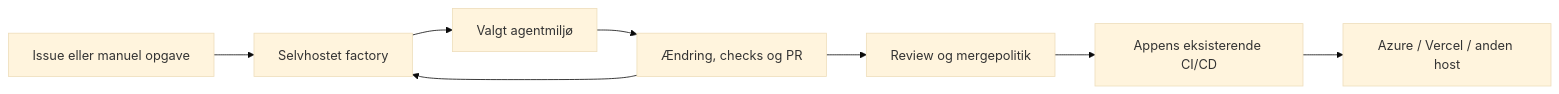
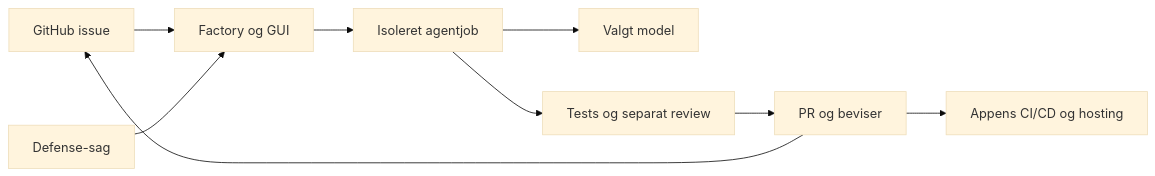
The diagram in docs/platform.md (arcitai/software-and-defence-factory), drawn with Mermaid (base theme) before and after one commit. The commit also changed other lines of this file and 17 other files, not shown here.

Commit message:
Select Machinist for a shared software, security and Defense factory

````diff
--- a/docs/platform.md
+++ b/docs/platform.md
@@ -21,10 +29,11 @@
 ```mermaid
 flowchart LR
-  I[Issue eller manuel opgave] --> F[Selvhostet factory]
-  F --> W[Valgt agentmiljø]
-  W --> P[Ændring, checks og PR]
-  P --> H[Review og mergepolitik]
-  H --> C[Appens eksisterende CI/CD]
-  C --> A[Azure / Vercel / anden host]
-  P --> F
+  G[GitHub issue] --> F[Factory og GUI]
+  F --> W[Isoleret agentjob]
+  W --> M[Valgt model]
+  W --> V[Tests og separat review]
+  V --> P[PR og beviser]
+  P --> G
+  P --> C[Appens CI/CD og hosting]
+  D[Defense-sag] --> F
 ```
````
